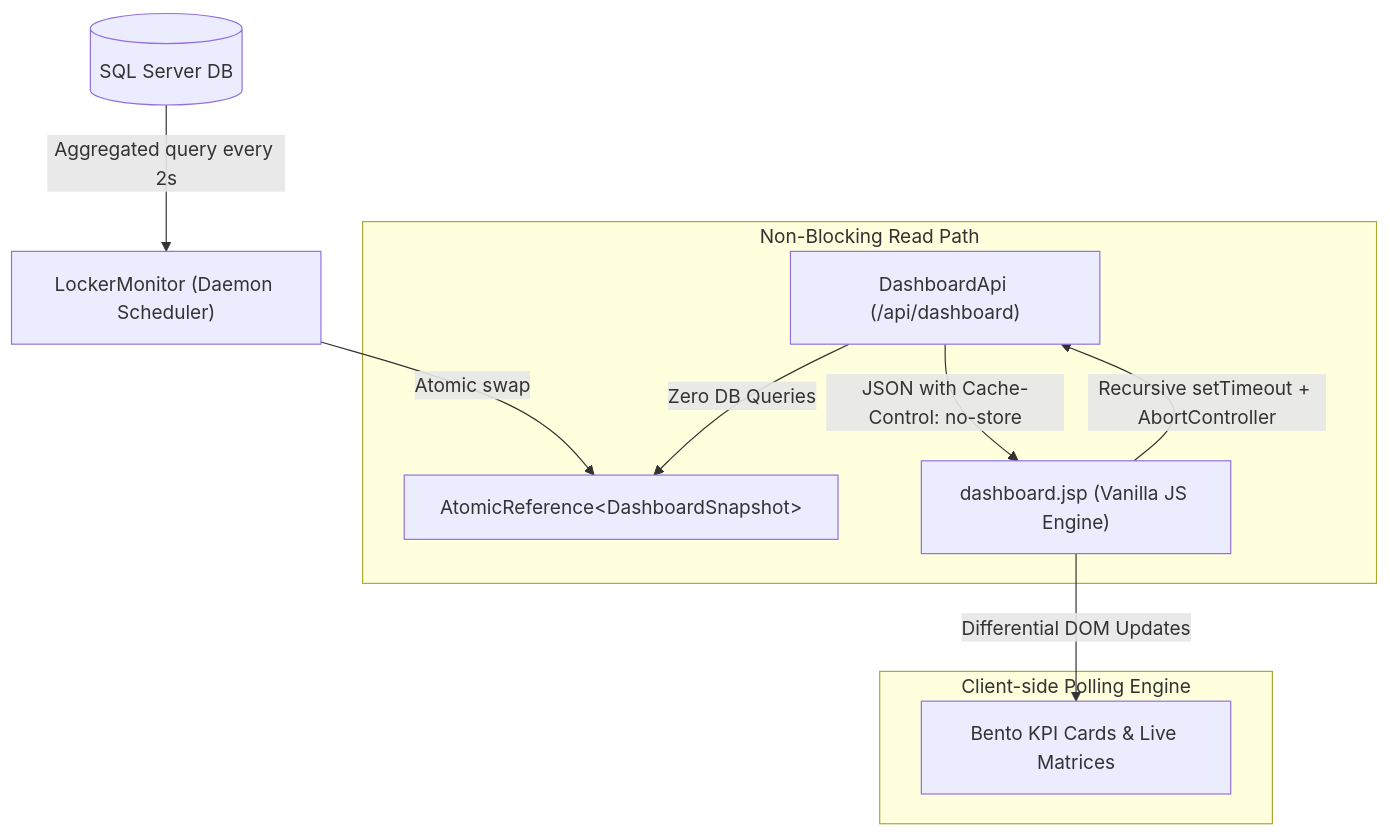
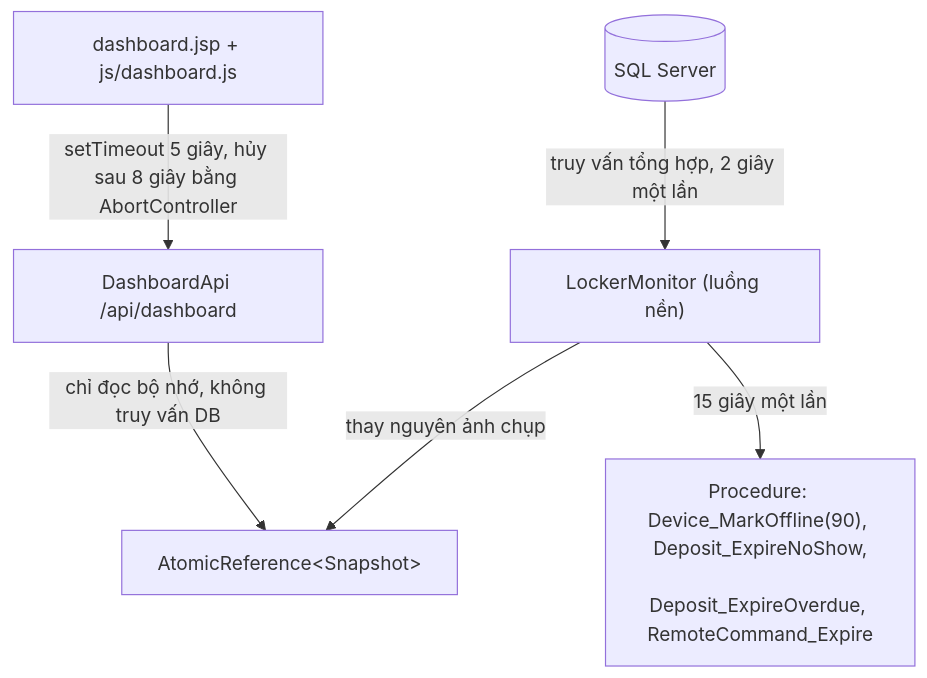
The first of 4 diagrams in docs/SYSTEM_FLOWS.md (HoangDuc1003/SmartLocker), drawn with Mermaid before and after one commit. The commit also changed other lines of this file and 406 other files, not shown here.

````diff
--- a/docs/SYSTEM_FLOWS.md
+++ b/docs/SYSTEM_FLOWS.md
@@ -13,15 +12,9 @@
 ```mermaid
 flowchart TD
-    DB[(SQL Server DB)] -->|Aggregated query every 2s| LM["LockerMonitor (Daemon Scheduler)"]
-    LM -->|Atomic swap| CACHE["AtomicReference&lt;DashboardSnapshot&gt;"]
-    
-    subgraph ReadPath ["Non-Blocking Read Path"]
-        API["DashboardApi (/api/dashboard)"] -->|Zero DB Queries| CACHE
-        API -->|JSON with Cache-Control: no-store| Client["dashboard.jsp (Vanilla JS Engine)"]
-    end
-    
-    subgraph ClientEngine ["Client-side Polling Engine"]
-        Client -->|Recursive setTimeout + AbortController| API
-        Client -->|Differential DOM Updates| UI["Bento KPI Cards & Live Matrices"]
-    end
+    DB[(SQL Server)] -->|truy vấn tổng hợp, 2 giây một lần| LM["LockerMonitor (luồng nền)"]
+    LM -->|thay nguyên ảnh chụp| CACHE["AtomicReference&lt;Snapshot&gt;"]
+    API["DashboardApi /api/dashboard"] -->|chỉ đọc bộ nhớ, không truy vấn DB| CACHE
+    Page["dashboard.jsp + js/dashboard.js"] -->|setTimeout 5 giây, hủy sau 8 giây bằng AbortController| API
+    LM -->|15 giây một lần| PROC["Procedure: Device_MarkOffline(90), Deposit_ExpireNoShow,
+    Deposit_ExpireOverdue, RemoteCommand_Expire"]
 ```
````
